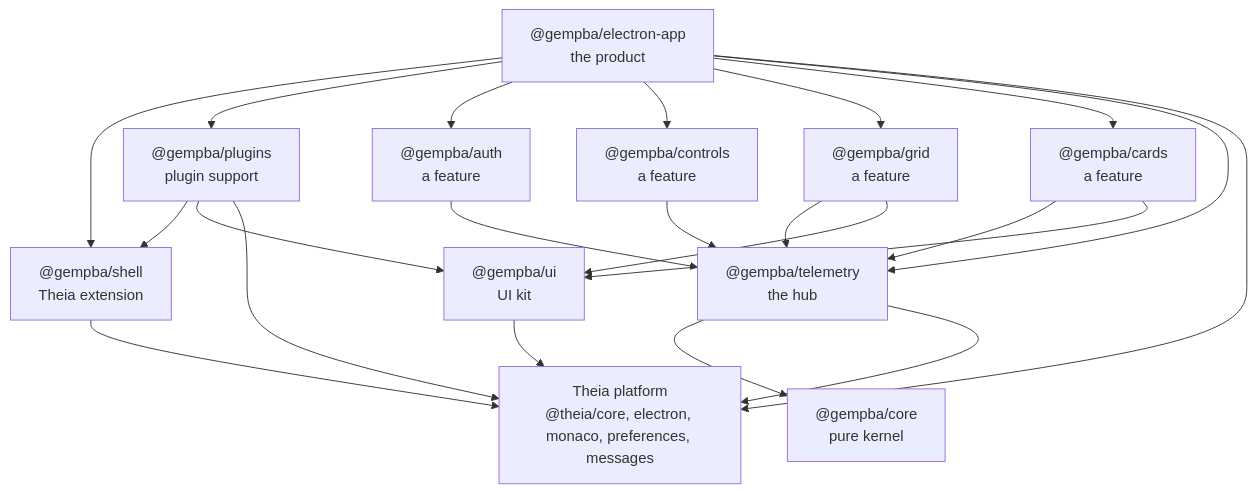
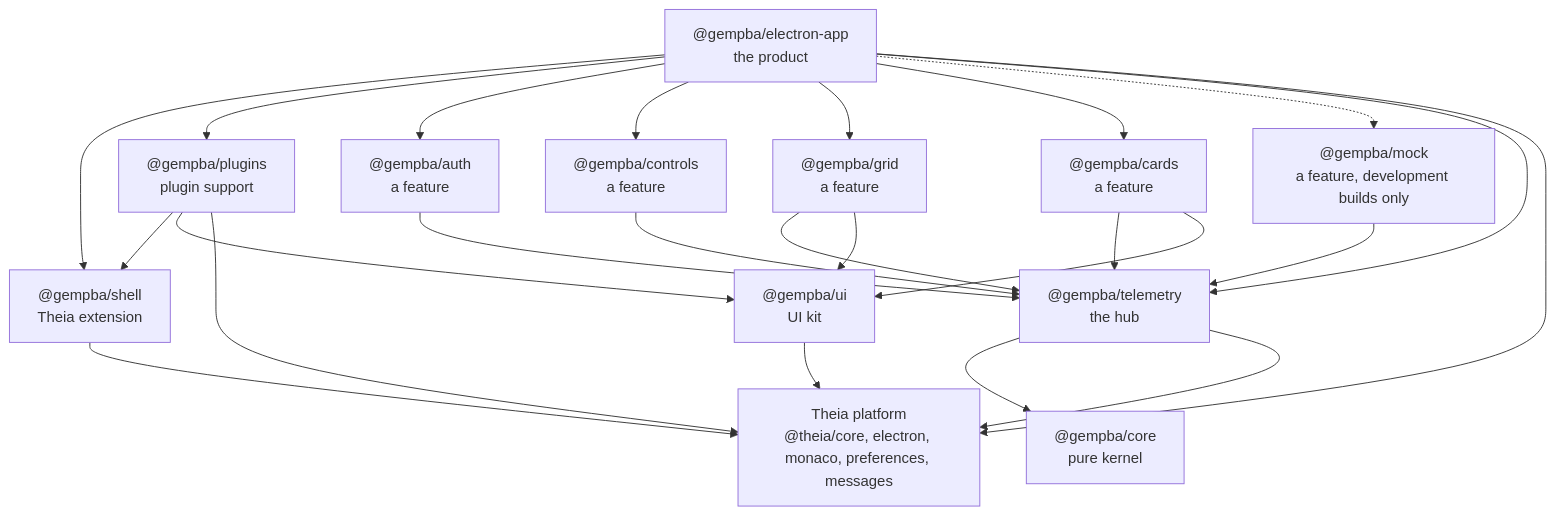
The second of 3 diagrams in ARCHITECTURE.md (rapastranac/gempba-dashboard), drawn with Mermaid before and after one commit. The commit also changed other lines of this file, not shown here.

First line of the commit message:
#57 docs: Document the built-in mocker in ARCHITECTURE.md

````diff
--- a/ARCHITECTURE.md
+++ b/ARCHITECTURE.md
@@ -74,35 +74,38 @@
 ```mermaid
 flowchart TB
     app["@gempba/electron-app<br/>the product"]
     shell["@gempba/shell<br/>Theia extension"]
     plugins["@gempba/plugins<br/>plugin support"]
     telemetry["@gempba/telemetry<br/>the hub"]
     auth["@gempba/auth<br/>a feature"]
     controls["@gempba/controls<br/>a feature"]
     grid["@gempba/grid<br/>a feature"]
     cards["@gempba/cards<br/>a feature"]
+    mock["@gempba/mock<br/>a feature, development builds only"]
     ui["@gempba/ui<br/>UI kit"]
     core["@gempba/core<br/>pure kernel"]
     theia["Theia platform<br/>@theia/core, electron, monaco, preferences, messages"]
     app --> shell
     app --> plugins
     app --> auth
     app --> controls
     app --> grid
     app --> cards
+    app -.-> mock
     app --> telemetry
     app --> theia
     auth --> telemetry
     controls --> telemetry
     grid --> telemetry
     grid --> ui
     cards --> telemetry
     cards --> ui
+    mock --> telemetry
     ui --> theia
     shell --> theia
     plugins --> shell
     plugins --> ui
     plugins --> theia
     telemetry --> core
     telemetry --> theia
 ```
````
